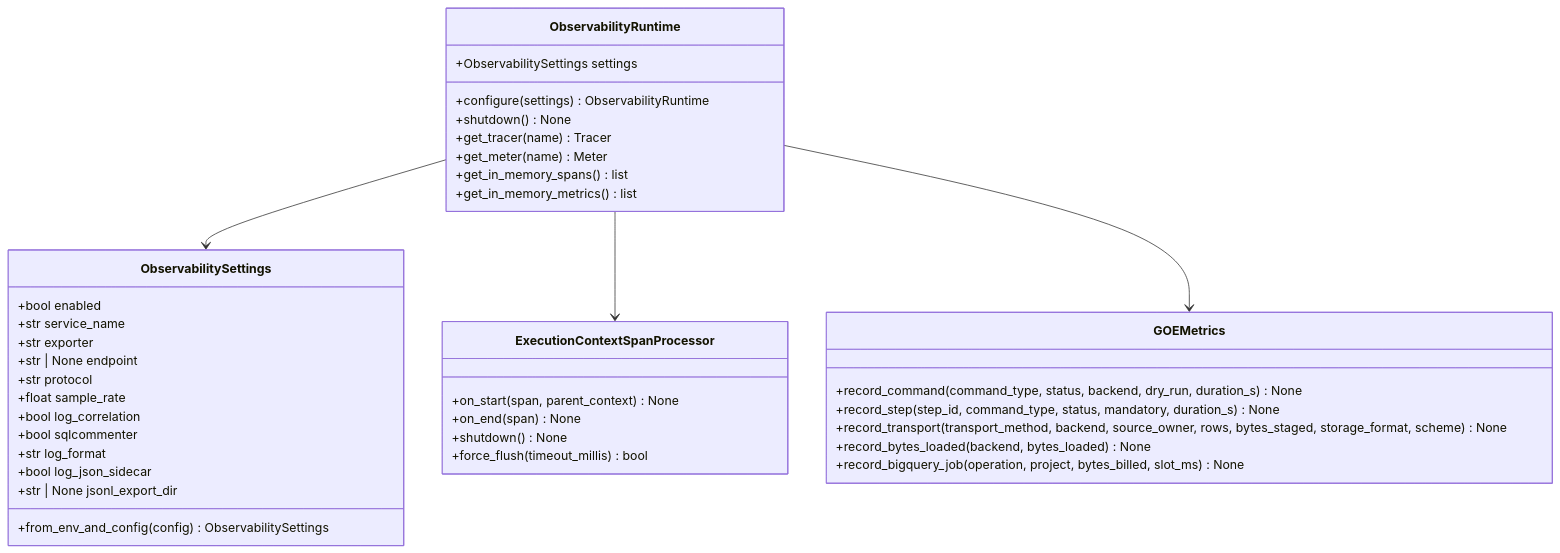
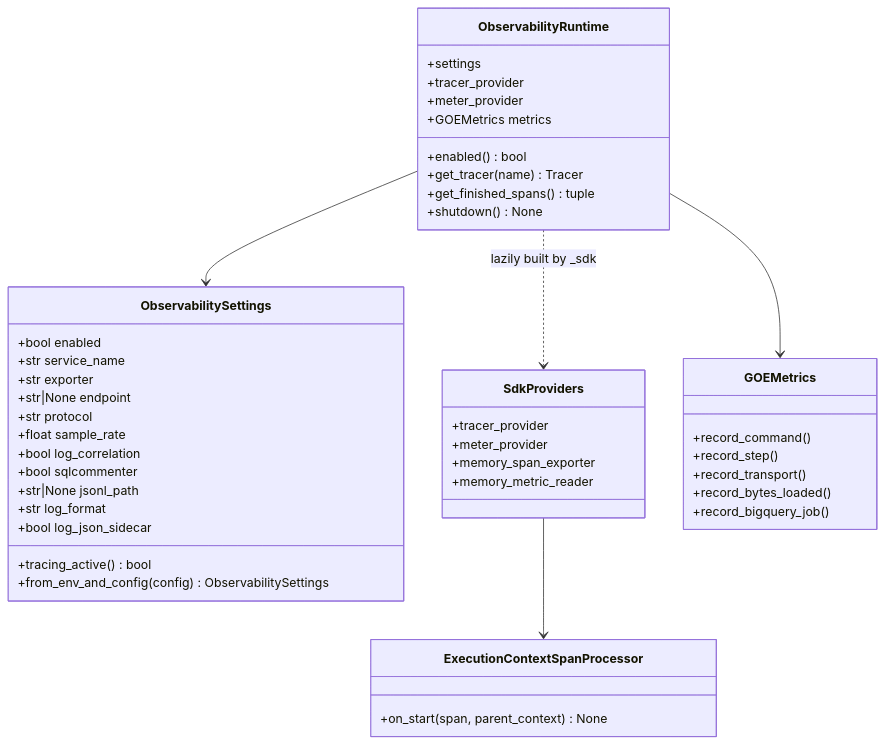
The diagram in .agents/bundles/specs/opentelemetry_foundation_and_context_propagation_20261010/spec.md (cofin/goe), drawn with Mermaid before and after one commit. The commit also changed other lines of this file and 83 other files, not shown here.

Commit message:
docs(specs): refine Flow master PRDs and child flow worksheets to zero-ambiguity standard

````diff
--- a/.agents/bundles/specs/opentelemetry_foundation_and_context_propagation_20261010/spec.md
+++ b/.agents/bundles/specs/opentelemetry_foundation_and_context_propagation_20261010/spec.md
@@ -61,42 +62,48 @@
 ```mermaid
 classDiagram
     class ObservabilitySettings {
         +bool enabled
         +str service_name
         +str exporter
-        +str | None endpoint
+        +str|None endpoint
         +str protocol
         +float sample_rate
         +bool log_correlation
         +bool sqlcommenter
+        +str|None jsonl_path
         +str log_format
         +bool log_json_sidecar
-        +str | None jsonl_export_dir
+        +tracing_active() bool
         +from_env_and_config(config) ObservabilitySettings
     }
     class ObservabilityRuntime {
-        +ObservabilitySettings settings
-        +configure(settings) ObservabilityRuntime
+        +settings
+        +tracer_provider
+        +meter_provider
+        +GOEMetrics metrics
+        +enabled() bool
+        +get_tracer(name) Tracer
+        +get_finished_spans() tuple
         +shutdown() None
-        +get_tracer(name) Tracer
-        +get_meter(name) Meter
-        +get_in_memory_spans() list
-        +get_in_memory_metrics() list
+    }
+    class SdkProviders {
+        +tracer_provider
+        +meter_provider
+        +memory_span_exporter
+        +memory_metric_reader
     }
     class ExecutionContextSpanProcessor {
         +on_start(span, parent_context) None
-        +on_end(span) None
-        +shutdown() None
-        +force_flush(timeout_millis) bool
     }
     class GOEMetrics {
-        +record_command(command_type, status, backend, dry_run, duration_s) None
-        +record_step(step_id, command_type, status, mandatory, duration_s) None
-        +record_transport(transport_method, backend, source_owner, rows, bytes_staged, storage_format, scheme) None
-        +record_bytes_loaded(backend, bytes_loaded) None
-        +record_bigquery_job(operation, project, bytes_billed, slot_ms) None
+        +record_command()
+        +record_step()
+        +record_transport()
+        +record_bytes_loaded()
+        +record_bigquery_job()
     }
     ObservabilityRuntime --> ObservabilitySettings
-    ObservabilityRuntime --> ExecutionContextSpanProcessor
     ObservabilityRuntime --> GOEMetrics
+    ObservabilityRuntime ..> SdkProviders : lazily built by _sdk
+    SdkProviders --> ExecutionContextSpanProcessor
 ```
````
